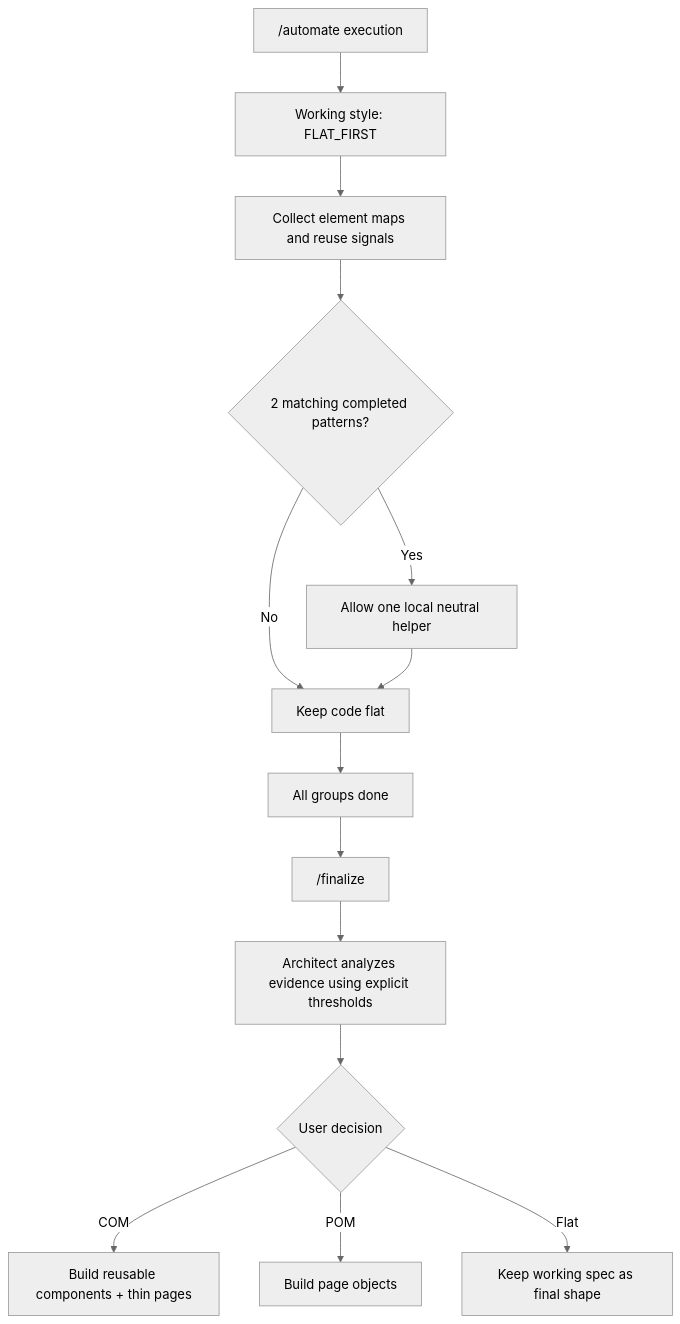
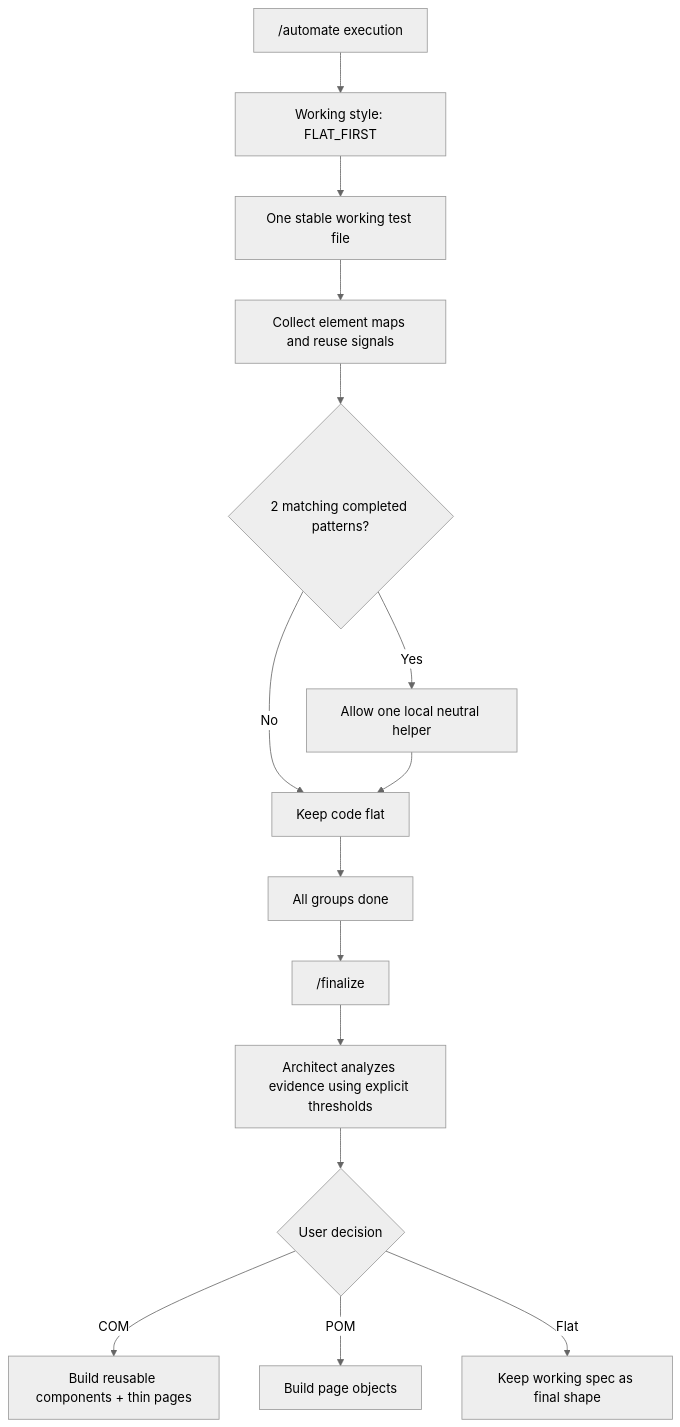
Before and after one commit to Sreenuraj/PostQodeCollections: the sixth of 12 diagrams in web-automation-pro-4/WORKFLOW-DIAGRAMS.md, drawn with Mermaid (neutral theme). The commit also changed other lines of this file and 13 other files, not shown here.

````diff
--- a/web-automation-pro-4/WORKFLOW-DIAGRAMS.md
+++ b/web-automation-pro-4/WORKFLOW-DIAGRAMS.md
@@ -217,17 +225,18 @@
 ```mermaid
 flowchart TD
     A["/automate execution"] --> B["Working style: FLAT_FIRST"]
-    B --> C["Collect element maps and reuse signals"]
-    C --> D{"2 matching completed patterns?"}
-    D -->|No| E["Keep code flat"]
-    D -->|Yes| F["Allow one local neutral helper"]
-    F --> E
+    B --> C["One stable working test file"]
+    C --> D["Collect element maps and reuse signals"]
+    D --> E{"2 matching completed patterns?"}
+    E -->|No| F["Keep code flat"]
+    E -->|Yes| G["Allow one local neutral helper"]
+    G --> F
 
-    E --> G["All groups done"]
-    G --> H["/finalize"]
-    H --> I["Architect analyzes evidence using explicit thresholds"]
-    I --> J{"User decision"}
-    J -->|COM| K["Build reusable components + thin pages"]
-    J -->|POM| L["Build page objects"]
-    J -->|Flat| M["Keep working spec as final shape"]
+    F --> H["All groups done"]
+    H --> I["/finalize"]
+    I --> J["Architect analyzes evidence using explicit thresholds"]
+    J --> K{"User decision"}
+    K -->|COM| L["Build reusable components + thin pages"]
+    K -->|POM| M["Build page objects"]
+    K -->|Flat| N["Keep working spec as final shape"]
 ```
````
